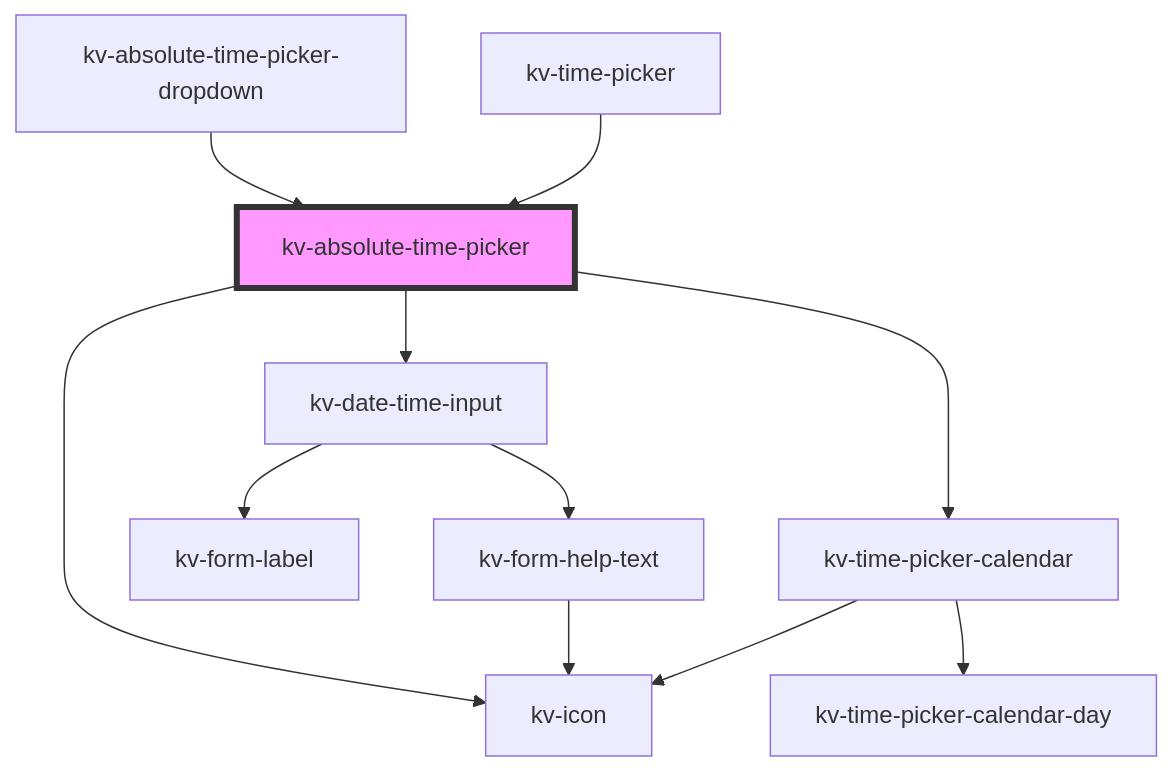
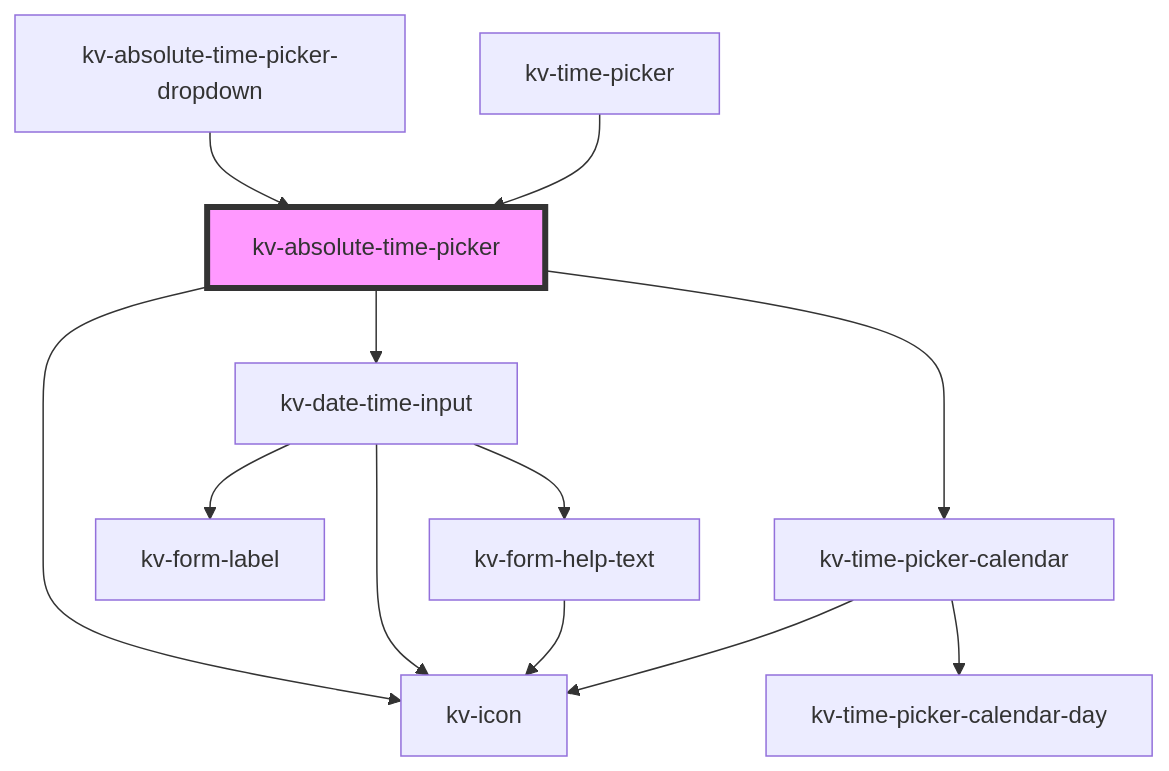
The diagram in packages/ui-components/src/components/absolute-time-picker/readme.md (kelvininc/ui-components), drawn with Mermaid before and after one commit. The commit also changed 29 other files, not shown here.

Commit message:
feat: add new input absolute time picker

````diff
--- a/packages/ui-components/src/components/absolute-time-picker/readme.md
+++ b/packages/ui-components/src/components/absolute-time-picker/readme.md
@@ -99,14 +99,15 @@
 ```mermaid
 graph TD;
   kv-absolute-time-picker --> kv-icon
   kv-absolute-time-picker --> kv-date-time-input
   kv-absolute-time-picker --> kv-time-picker-calendar
   kv-date-time-input --> kv-form-label
+  kv-date-time-input --> kv-icon
   kv-date-time-input --> kv-form-help-text
   kv-form-help-text --> kv-icon
   kv-time-picker-calendar --> kv-icon
   kv-time-picker-calendar --> kv-time-picker-calendar-day
   kv-absolute-time-picker-dropdown --> kv-absolute-time-picker
   kv-time-picker --> kv-absolute-time-picker
   style kv-absolute-time-picker fill:#f9f,stroke:#333,stroke-width:4px
 ```
````
